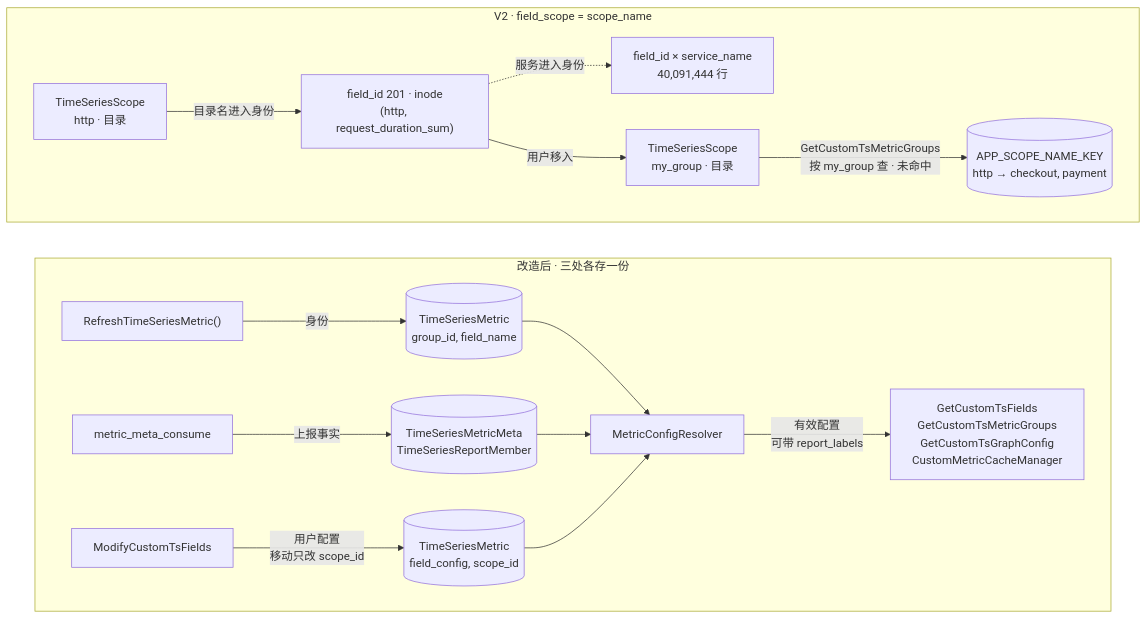
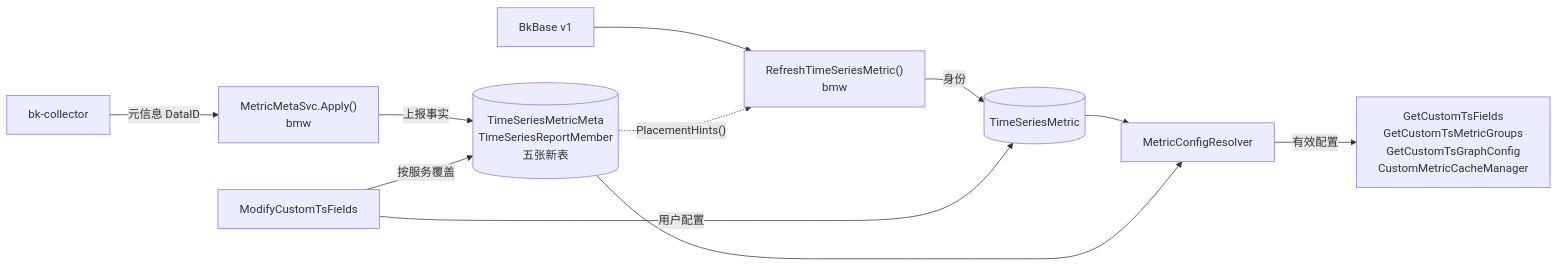
One commit to ZhuoZhuoCrayon/ai-workspace changed the third of 22 diagrams in knowledge/bkmonitor/issues/2026-09-15-custom-metric-metadata/PLAN.md. Above: the diagram before and after it, drawn with Mermaid. The commit also changed other lines of this file and 7 other files, not shown here.

Commit message:
docs(issue): choose all-new-tables plan for custom metric metadata on MySQL 5.7

````diff
--- a/knowledge/bkmonitor/issues/2026-09-15-custom-metric-metadata/PLAN.md
+++ b/knowledge/bkmonitor/issues/2026-09-15-custom-metric-metadata/PLAN.md
@@ -183,23 +304,13 @@
 ```mermaid
-flowchart TB
-    subgraph V2["V2 · field_scope = scope_name"]
-        direction LR
-        Http["TimeSeriesScope<br/>http · 目录"] -->|"目录名进入身份"| Inode["field_id 201 · inode<br/>(http, request_duration_sum)"]
-        Inode -.->|"服务进入身份"| Copies["field_id × service_name<br/>40,091,444 行"]
-        Inode -->|"用户移入"| Mine["TimeSeriesScope<br/>my_group · 目录"]
-        Mine -->|"GetCustomTsMetricGroups<br/>按 my_group 查 · 未命中"| WL[("APP_SCOPE_NAME_KEY<br/>http → checkout, payment")]
-    end
-
-    subgraph Target["改造后 · 三处各存一份"]
-        direction LR
-        Sync["RefreshTimeSeriesMetric()"] -->|"身份"| Metric[("TimeSeriesMetric<br/>group_id, field_name")]
-        Consume["metric_meta_consume"] -->|"上报事实"| Member[("TimeSeriesMetricMeta<br/>TimeSeriesReportMember")]
-        Modify["ModifyCustomTsFields"] -->|"用户配置<br/>移动只改 scope_id"| Config[("TimeSeriesMetric<br/>field_config, scope_id")]
-        Metric --> Resolver["MetricConfigResolver"]
-        Member --> Resolver
-        Config --> Resolver
-        Resolver -->|"有效配置<br/>可带 report_labels"| Readers["GetCustomTsFields<br/>GetCustomTsMetricGroups<br/>GetCustomTsGraphConfig<br/>CustomMetricCacheManager"]
-    end
-
-    V2 ~~~ Target
+flowchart LR
+    Collector["bk-collector"] -->|"元信息 DataID"| Apply["MetricMetaSvc.Apply()<br/>bmw"]
+    BkBase["BkBase v1"] --> Sync["RefreshTimeSeriesMetric()<br/>bmw"]
+    Apply -->|"上报事实"| New[("TimeSeriesMetricMeta<br/>TimeSeriesReportMember<br/>五张新表")]
+    Sync -->|"身份"| Metric[("TimeSeriesMetric")]
+    New -.->|"PlacementHints()"| Sync
+    Modify["ModifyCustomTsFields"] -->|"用户配置"| Metric
+    Modify -->|"按服务覆盖"| New
+    Metric --> Resolver["MetricConfigResolver"]
+    New --> Resolver
+    Resolver -->|"有效配置"| Readers["GetCustomTsFields<br/>GetCustomTsMetricGroups<br/>GetCustomTsGraphConfig<br/>CustomMetricCacheManager"]
 ```
````
